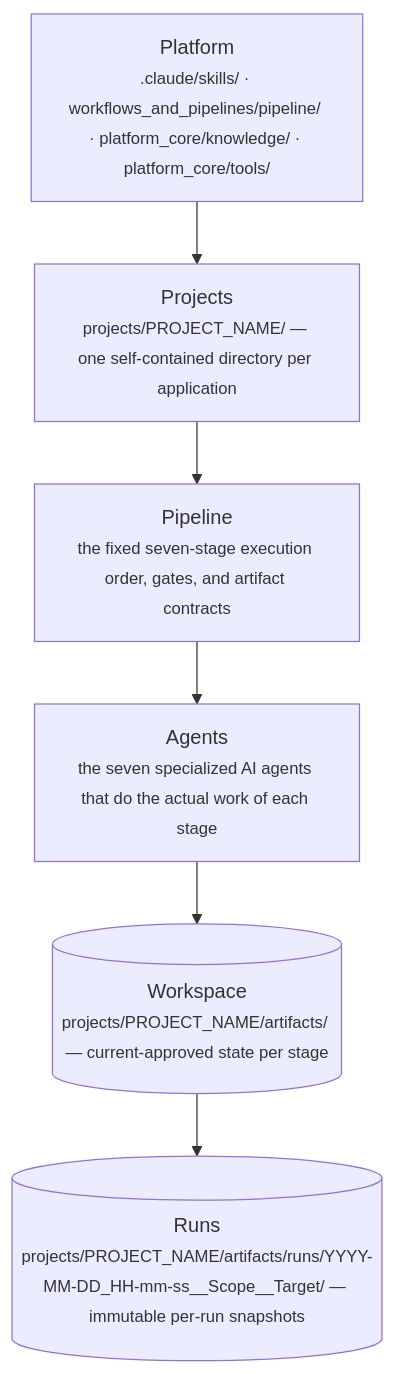
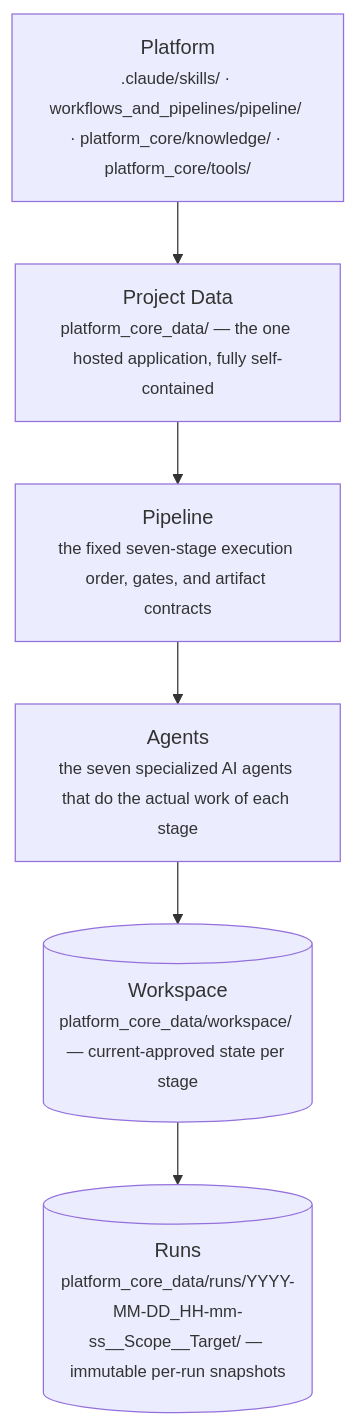
The second of 10 diagrams in README.md (HusseinAtaHussein1/AISeatMap), drawn with Mermaid before and after one commit. The commit also changed other lines of this file and 543 other files, not shown here.

Commit message:
Refactor: convert platform to single-project architecture

````diff
--- a/README.md
+++ b/README.md
@@ -233,11 +233,11 @@
 ```mermaid
 flowchart TD
     PLAT["Platform<br/><small>.claude/skills/ · workflows_and_pipelines/pipeline/ · platform_core/knowledge/ · platform_core/tools/</small>"]
-    PROJ["Projects<br/><small>projects/PROJECT_NAME/ — one self-contained directory per application</small>"]
+    PROJ["Project Data<br/><small>platform_core_data/ — the one hosted application, fully self-contained</small>"]
     PIPE["Pipeline<br/><small>the fixed seven-stage execution order, gates, and artifact contracts</small>"]
     AGENTS["Agents<br/><small>the seven specialized AI agents that do the actual work of each stage</small>"]
-    WORK[("Workspace<br/><small>projects/PROJECT_NAME/artifacts/ — current-approved state per stage</small>")]
-    RUNS[("Runs<br/><small>projects/PROJECT_NAME/artifacts/runs/YYYY-MM-DD_HH-mm-ss__Scope__Target/ — immutable per-run snapshots</small>")]
+    WORK[("Workspace<br/><small>platform_core_data/workspace/ — current-approved state per stage</small>")]
+    RUNS[("Runs<br/><small>platform_core_data/runs/YYYY-MM-DD_HH-mm-ss__Scope__Target/ — immutable per-run snapshots</small>")]
 
     PLAT --> PROJ --> PIPE --> AGENTS --> WORK --> RUNS
 ```
````
